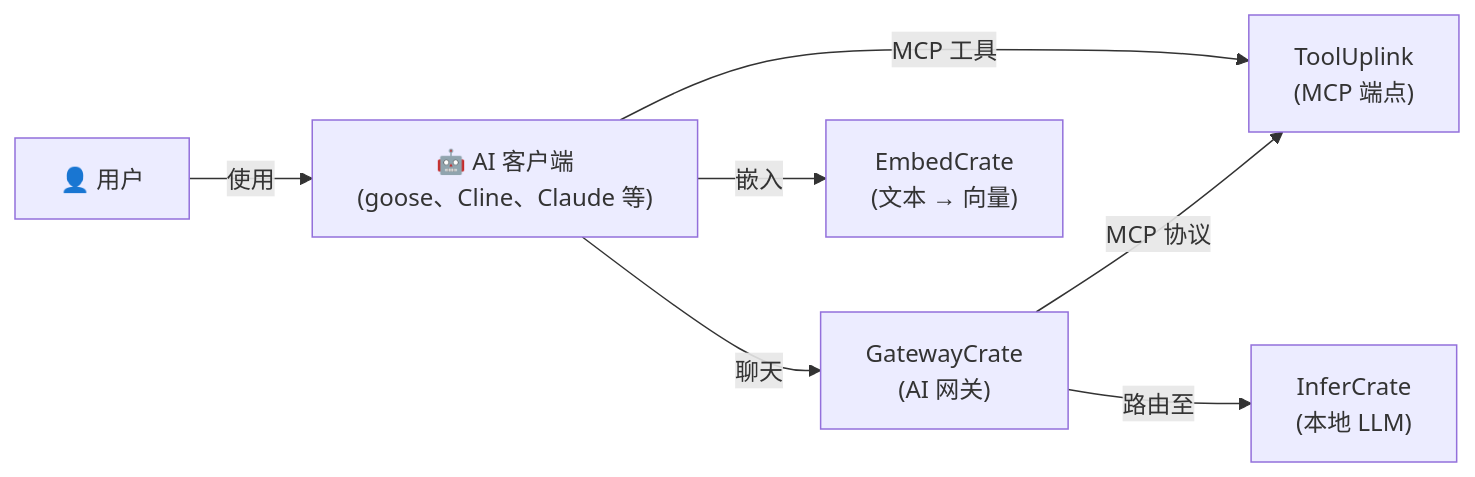
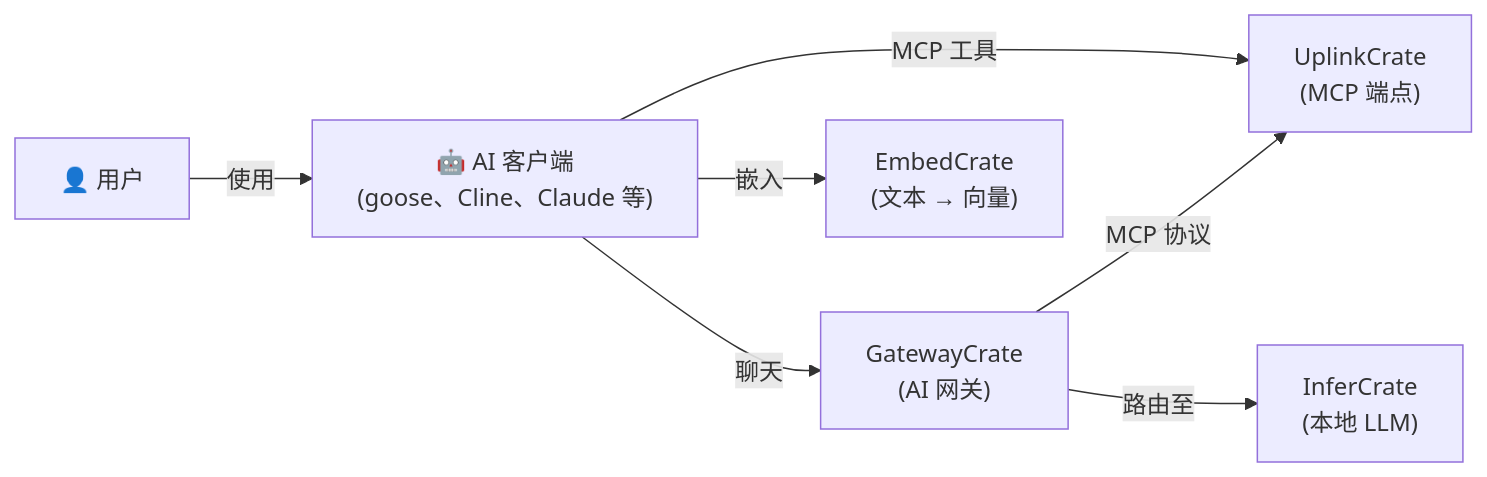
One commit to hwdsl2/self-hosted-ai-stack changed the diagram in stacks/code-assistant/README-zh.md. Above: the diagram before and after it, drawn with Mermaid. The commit also changed other lines of this file and 22 other files, not shown here.

````diff
--- a/stacks/code-assistant/README-zh.md
+++ b/stacks/code-assistant/README-zh.md
@@ -17,9 +17,9 @@
 ```mermaid
 graph LR
     U["👤 用户"] -->|使用| C["🤖 AI 客户端<br/>(goose、Cline、Claude 等)"]
-    C -->|MCP 工具| M["ToolUplink<br/>(MCP 端点)"]
+    C -->|MCP 工具| M["UplinkCrate<br/>(MCP 端点)"]
     C -->|聊天| L["GatewayCrate<br/>(AI 网关)"]
     L -->|路由至| O["InferCrate<br/>(本地 LLM)"]
     L -->|MCP 协议| M
     C -->|嵌入| E["EmbedCrate<br/>(文本 → 向量)"]
 ```
````
